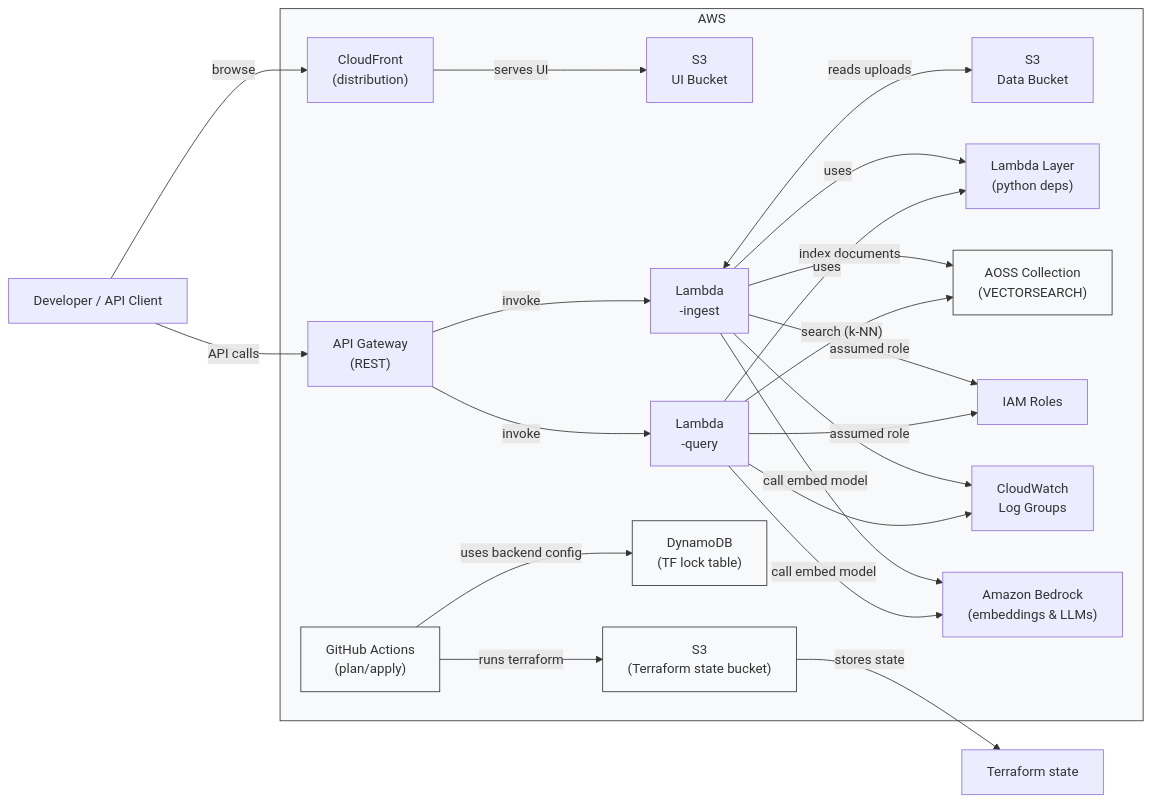
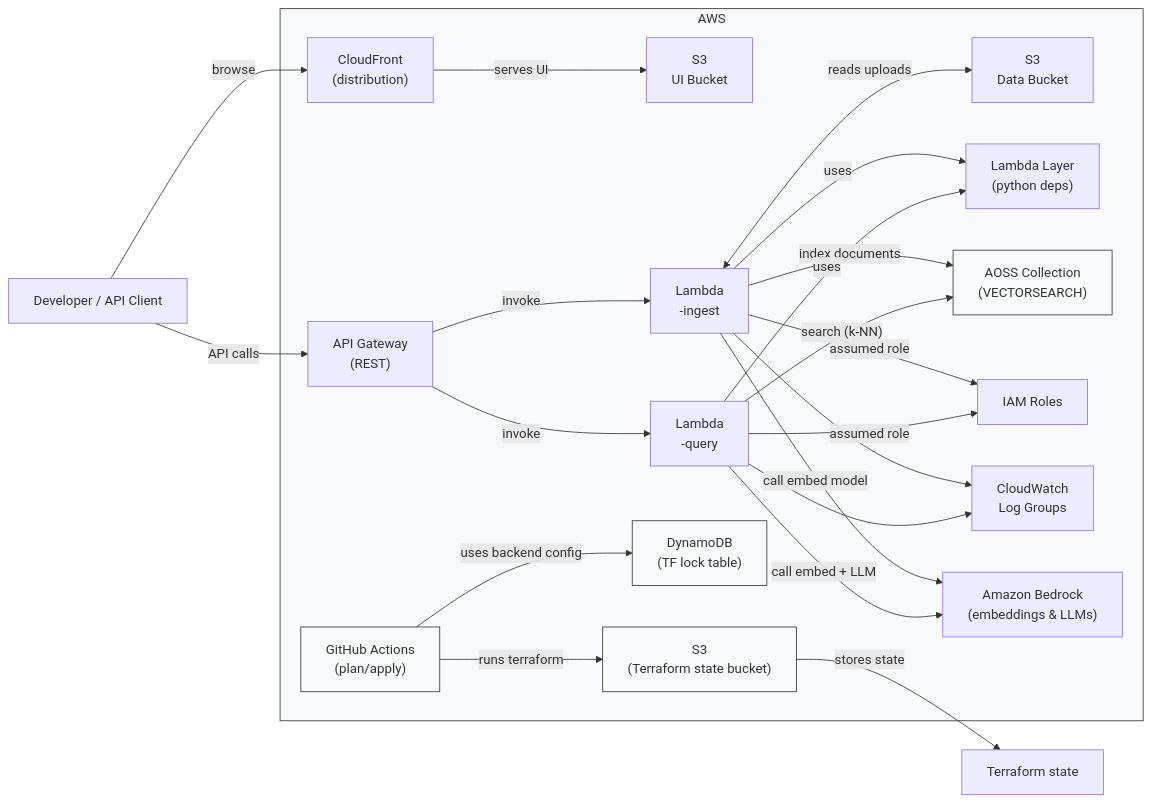
Before and after one commit to mikegyver99/aws-rag-basic: the diagram in DIAGRAM.md, drawn with Mermaid. The commit also changed 1 other file, not shown here.

Commit message:
Update architecture diagram to clarify LambdaQuery's interaction with Bedrock

````diff
--- a/DIAGRAM.md
+++ b/DIAGRAM.md
@@ -5,55 +5,55 @@
 ```mermaid
 flowchart LR
   subgraph AWS
     S3Data["S3\nData Bucket"]
     S3UI["S3\nUI Bucket"]
     CF["CloudFront\n(distribution)"]
     APIGW["API Gateway\n(REST)"]
     LambdaIngest["Lambda\n-ingest"]
     LambdaQuery["Lambda\n-query"]
     Layer["Lambda Layer\n(python deps)"]
     OpenSearch["AOSS Collection\n(VECTORSEARCH)"]
     DynamoDB["DynamoDB\n(TF lock table)"]
     TFStateS3["S3\n(Terraform state bucket)"]
     IAM[IAM Roles]
     CloudWatch["CloudWatch\nLog Groups"]
     Bedrock["Amazon Bedrock\n(embeddings & LLMs)"]
     GitHubCI["GitHub Actions\n(plan/apply)"]
   end
 
   %% User and client
   User[Developer / API Client]
 
   %% Frontend
   User -->|browse| CF
   CF -->|serves UI| S3UI
 
   %% API -> Lambdas
   User -->|API calls| APIGW
   APIGW -->|invoke| LambdaIngest
   APIGW -->|invoke| LambdaQuery
 
   %% Lambdas interactions
   LambdaIngest -->|index documents| OpenSearch
   LambdaQuery -->|"search (k-NN)"| OpenSearch
   LambdaIngest -->|call embed model| Bedrock
-  LambdaQuery -->|call embed model| Bedrock
+  LambdaQuery -->|"call embed + LLM"| Bedrock
   LambdaIngest <-->|reads uploads| S3Data
 
   %% Shared pieces
   LambdaIngest -->|uses| Layer
   LambdaQuery -->|uses| Layer
   LambdaIngest -->|assumed role| IAM
   LambdaQuery -->|assumed role| IAM
   LambdaIngest --> CloudWatch
   LambdaQuery --> CloudWatch
 
   %% Terraform / CI
   GitHubCI -->|runs terraform| TFStateS3
   GitHubCI -->|uses backend config| DynamoDB
   TFStateS3 -->|stores state| TerraformState[Terraform state]
 
   %% Notes
   classDef infra fill:#f8f9fa,stroke:#333,stroke-width:1px;
   class AWS,GitHubCI,TFStateS3,DynamoDB,OpenSearch infra;
 ```
````
